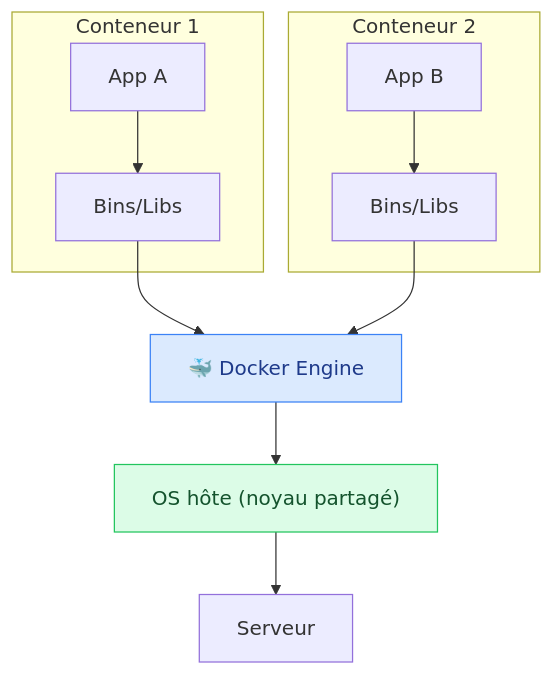
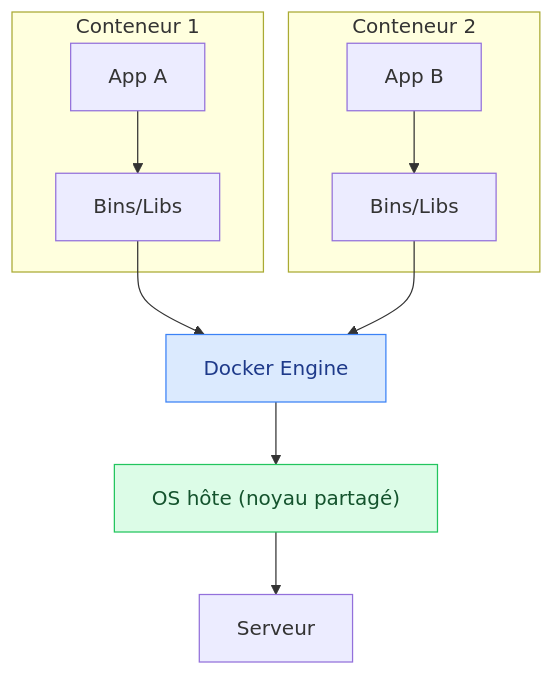
Before and after one commit to GoobyWoobies/HEIA-IT: the fourth of 5 diagrams in methodologie-securite-it/docker/01-introduction.md, drawn with Mermaid. The commit also changed other lines of this file and 24 other files, not shown here.

````diff
--- a/methodologie-securite-it/docker/01-introduction.md
+++ b/methodologie-securite-it/docker/01-introduction.md
@@ -156,15 +156,15 @@
 ```mermaid
 flowchart TB
     subgraph C1["Conteneur 1"]
         A1["App A"] --> B1["Bins/Libs"]
     end
     subgraph C2["Conteneur 2"]
         A2["App B"] --> B2["Bins/Libs"]
     end
-    B1 --> D["🐳 Docker Engine"]
+    B1 --> D["Docker Engine"]
     B2 --> D
     D --> OS["OS hôte (noyau partagé)"] --> S["Serveur"]
 
     style D fill:#dbeafe,stroke:#3b82f6,color:#1e3a8a
     style OS fill:#dcfce7,stroke:#22c55e,color:#14532d
 ```
````
